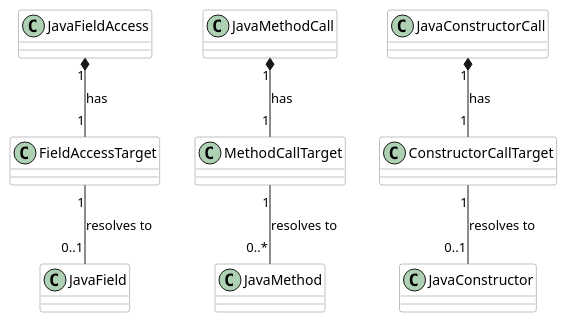
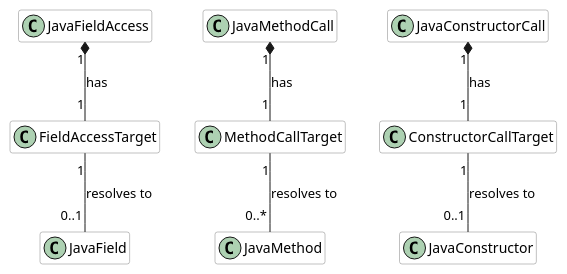
Before and after one commit to TNG/ArchUnit: the third of 4 diagrams in userguide/006_The_Core_API.adoc, drawn with PlantUML. The commit also changed other lines of this file and 53 other files, not shown here.

```diff
--- a/userguide/006_The_Core_API.adoc
+++ b/userguide/006_The_Core_API.adoc
@@ -191,33 +249,36 @@
-[plantuml, "resolution-overview"]
+[plantuml, "resolution-overview", svg, opts=interactive]
 ----
+@startuml
+hide empty members
 skinparam componentStyle uml2
 
 skinparam component {
   BorderColor #grey
   BackgroundColor #white
 }
 
 skinparam class {
   BorderColor #grey
   BackgroundColor #white
 }
 
 class JavaFieldAccess
 class FieldAccessTarget
 class JavaField
 class JavaMethodCall
 class MethodCallTarget
 class JavaMethod
 class JavaConstructorCall
 class ConstructorCallTarget
 class JavaConstructor
 
 JavaFieldAccess "1" *-- "1" FieldAccessTarget : has
 FieldAccessTarget "1" -- "0..1" JavaField : resolves to
 
 JavaMethodCall "1" *-- "1" MethodCallTarget : has
 MethodCallTarget "1" -- "0..*" JavaMethod : resolves to
 
 JavaConstructorCall "1" *-- "1" ConstructorCallTarget : has
 ConstructorCallTarget "1" -- "0..1" JavaConstructor : resolves to
+@enduml
 ----
```
